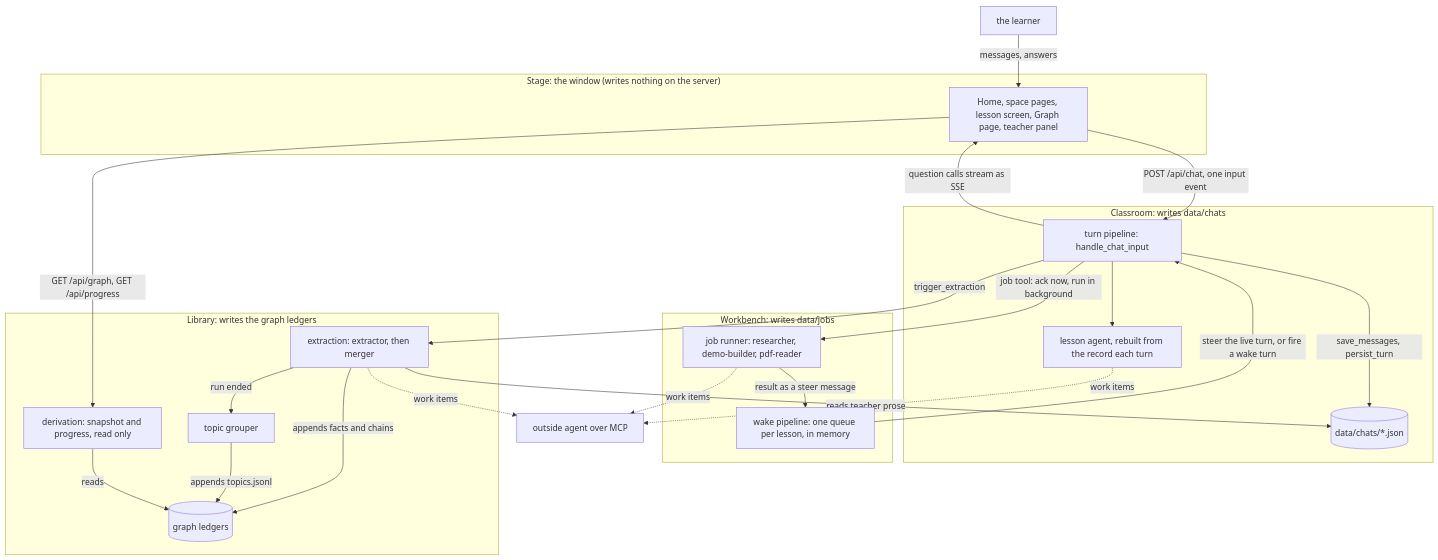
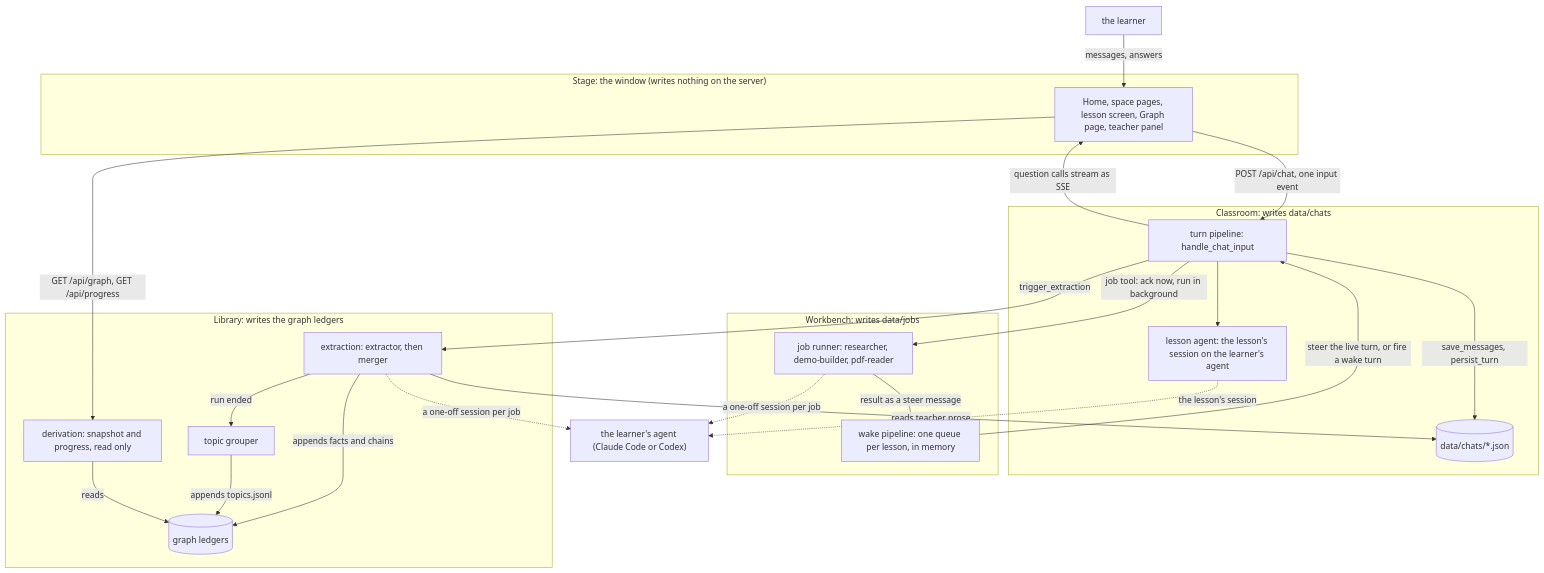
The diagram in docs/architecture/04-how-the-systems-talk.md (bayshores/godspeed), drawn with Mermaid before and after one commit. The commit also changed 181 other files, not shown here.

First line of the commit message:
The window no longer waits for a terminal agent: lessons and background jobs run on the agent the learner picked, Claude Code until they pick Codex.

````diff
--- a/docs/architecture/04-how-the-systems-talk.md
+++ b/docs/architecture/04-how-the-systems-talk.md
@@ -11,47 +11,47 @@
 ```mermaid
 flowchart TB
     LEARNER["the learner"]
 
     subgraph STAGE["Stage: the window (writes nothing on the server)"]
         UI["Home, space pages, lesson screen, Graph page, teacher panel"]
     end
 
     subgraph CLASSROOM["Classroom: writes data/chats"]
         TURN["turn pipeline: handle_chat_input"]
-        AGENTS["lesson agent, rebuilt from the record each turn"]
+        AGENTS["lesson agent: the lesson's session on the learner's agent"]
         CHATS[("data/chats/*.json")]
     end
 
     subgraph WORKBENCH["Workbench: writes data/jobs"]
         RUNNER["job runner: researcher, demo-builder, pdf-reader"]
         WAKE["wake pipeline: one queue per lesson, in memory"]
     end
 
     subgraph LIBRARY["Library: writes the graph ledgers"]
         EXTRACT["extraction: extractor, then merger"]
         TOPICS["topic grouper"]
         DERIVE["derivation: snapshot and progress, read only"]
         LEDGERS[("graph ledgers")]
     end
 
-    OUTSIDE["outside agent over MCP"]
+    OUTSIDE["the learner's agent (Claude Code or Codex)"]
 
     LEARNER -->|"messages, answers"| UI
     UI -->|"POST /api/chat, one input event"| TURN
     TURN --> AGENTS
     TURN -->|"question calls stream as SSE"| UI
     TURN -->|"save_messages, persist_turn"| CHATS
     TURN -->|"job tool: ack now, run in background"| RUNNER
     RUNNER -->|"result as a steer message"| WAKE
     WAKE -->|"steer the live turn, or fire a wake turn"| TURN
     TURN -->|"trigger_extraction"| EXTRACT
     EXTRACT -->|"reads teacher prose"| CHATS
     EXTRACT -->|"appends facts and chains"| LEDGERS
     EXTRACT -->|"run ended"| TOPICS
     TOPICS -->|"appends topics.jsonl"| LEDGERS
     DERIVE -->|"reads"| LEDGERS
     UI -->|"GET /api/graph, GET /api/progress"| DERIVE
-    AGENTS -.->|"work items"| OUTSIDE
-    RUNNER -.->|"work items"| OUTSIDE
-    EXTRACT -.->|"work items"| OUTSIDE
+    AGENTS -.->|"the lesson's session"| OUTSIDE
+    RUNNER -.->|"a one-off session per job"| OUTSIDE
+    EXTRACT -.->|"a one-off session per job"| OUTSIDE
 ```
````
